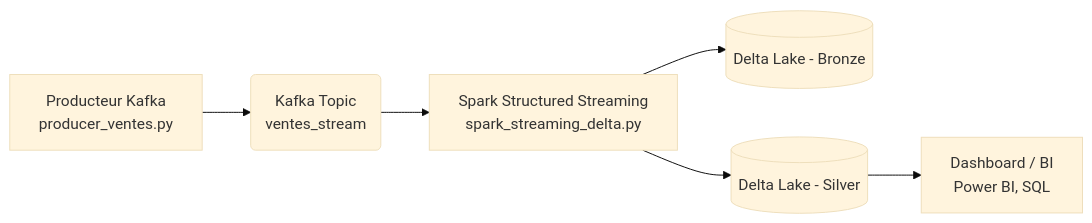
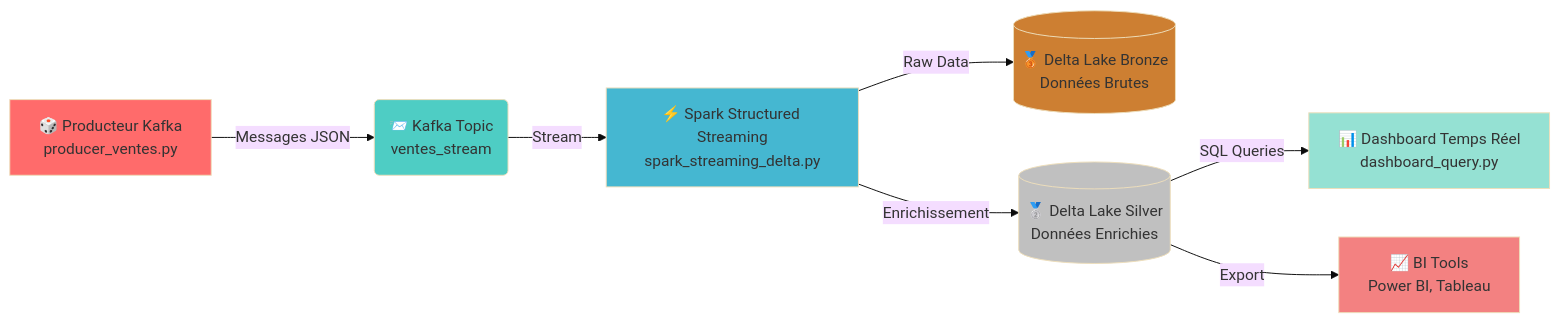
The diagram in readme.md (ImenBenAmar/Streaming-de-Ventes-en-Temps-R-el-), drawn with Mermaid (base theme) before and after one commit. The commit also changed other lines of this file, not shown here.

````diff
--- a/readme.md
+++ b/readme.md
@@ -22,8 +45,17 @@
 ```mermaid
 graph LR
-    A[Producteur Kafka<br/>producer_ventes.py] --> B(Kafka Topic<br/>ventes_stream)
-    B --> C[Spark Structured Streaming<br/>spark_streaming_delta.py]
-    C --> D[(Delta Lake - Bronze)]
-    C --> E[(Delta Lake - Silver)]
-    E --> F[Dashboard / BI<br/>Power BI, SQL]
+    A[🎲 Producteur Kafka<br/>producer_ventes.py] -->|Messages JSON| B(📨 Kafka Topic<br/>ventes_stream)
+    B -->|Stream| C[⚡ Spark Structured Streaming<br/>spark_streaming_delta.py]
+    C -->|Raw Data| D[(🥉 Delta Lake Bronze<br/>Données Brutes)]
+    C -->|Enrichissement| E[(🥈 Delta Lake Silver<br/>Données Enrichies)]
+    E -->|SQL Queries| F[📊 Dashboard Temps Réel<br/>dashboard_query.py]
+    E -->|Export| G[📈 BI Tools<br/>Power BI, Tableau]
+    
+    style A fill:#ff6b6b
+    style B fill:#4ecdc4
+    style C fill:#45b7d1
+    style D fill:#cd7f32
+    style E fill:#c0c0c0
+    style F fill:#95e1d3
+    style G fill:#f38181
 ```
````
